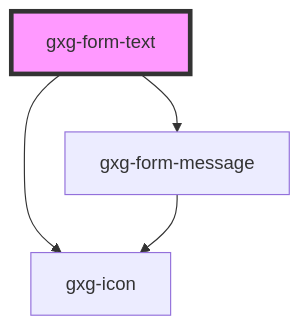
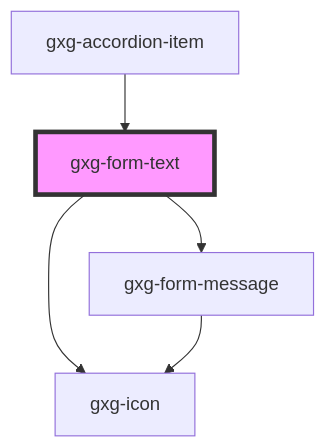
One commit to genexuslabs/gemini changed the diagram in src/components/form-text/readme.md. Above: the diagram before and after it, drawn with Mermaid. The commit also changed other lines of this file and 13 other files, not shown here.

````diff
--- a/src/components/form-text/readme.md
+++ b/src/components/form-text/readme.md
@@ -40,7 +50,8 @@
 ```mermaid
 graph TD;
   gxg-form-text --> gxg-icon
   gxg-form-text --> gxg-form-message
   gxg-form-message --> gxg-icon
+  gxg-accordion-item --> gxg-form-text
   style gxg-form-text fill:#f9f,stroke:#333,stroke-width:4px
 ```
````
